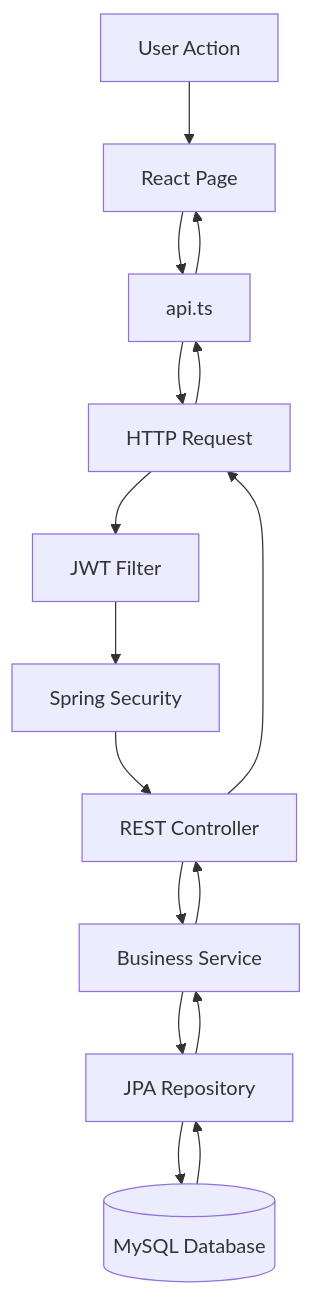
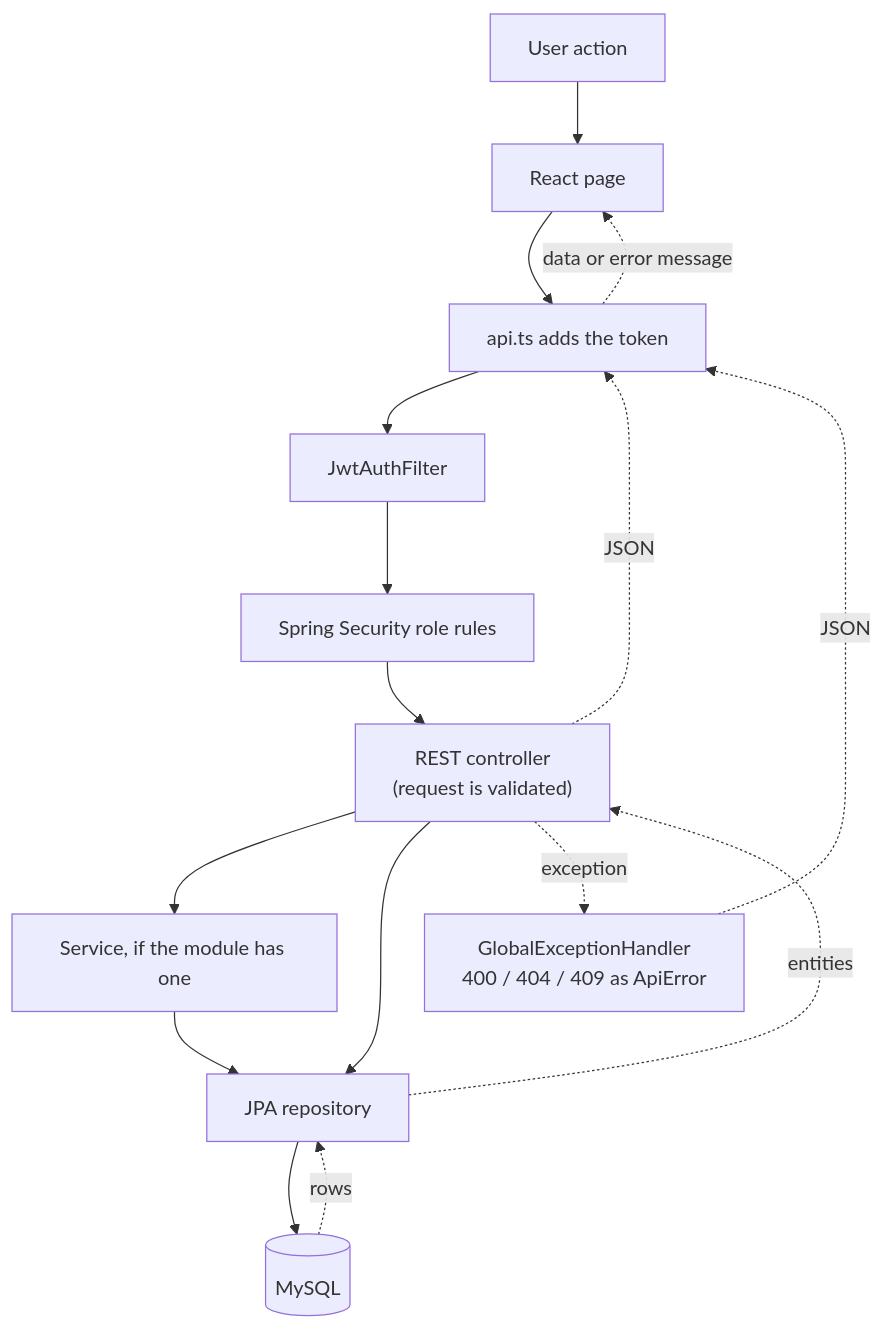
One commit to Git-punit/campus-erp changed the seventh of 19 diagrams in README.md. Above: the diagram before and after it, drawn with Mermaid. The commit also changed other lines of this file, not shown here.

````diff
--- a/README.md
+++ b/README.md
@@ -520,24 +607,20 @@
 ```mermaid
 flowchart TD
-    A["User Action"]
-    B["React Page"]
-    C["api.ts"]
-    D["HTTP Request"]
-    E["JWT Filter"]
-    F["Spring Security"]
-    G["REST Controller"]
-    H["Business Service"]
-    I["JPA Repository"]
-    J[("MySQL Database")]
+    A["User action"] --> B["React page"]
+    B --> C["api.ts adds the token"]
+    C --> E["JwtAuthFilter"]
+    E --> F["Spring Security role rules"]
+    F --> G["REST controller<br/>(request is validated)"]
+    G --> H["Service, if the module has one"]
+    G --> I["JPA repository"]
+    H --> I
+    I --> J[("MySQL")]
 
-    A --> B --> C --> D
-    D --> E --> F --> G
-    G --> H --> I --> J
+    J -. rows .-> I
+    I -. entities .-> G
+    G -. JSON .-> C
+    C -. data or error message .-> B
 
-    J --> I
-    I --> H
-    H --> G
-    G --> D
-    D --> C
-    C --> B
+    G -. exception .-> X["GlobalExceptionHandler<br/>400 / 404 / 409 as ApiError"]
+    X -. JSON .-> C
 ```
````
